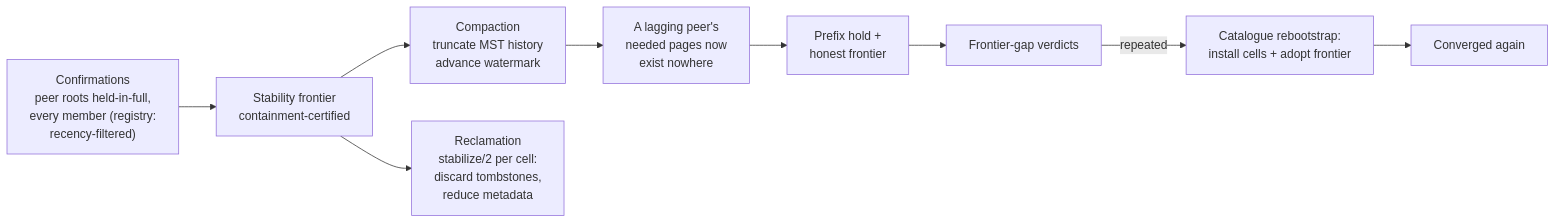
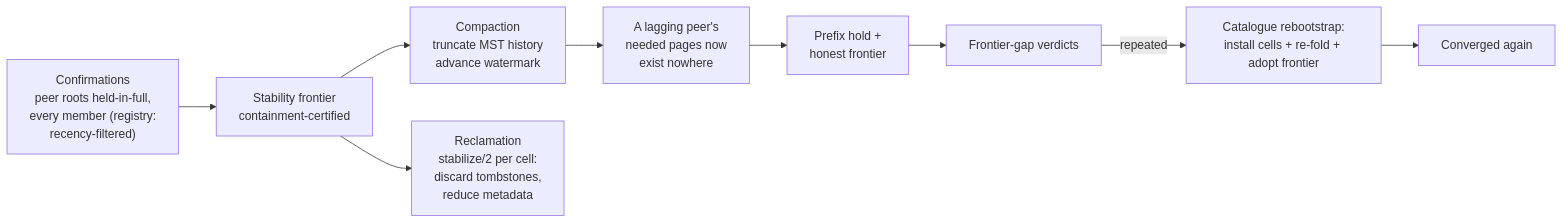
The first of 2 diagrams in doc/guides/architecture/db_view_lifecycle.md (bondy-io/bondy), drawn with Mermaid before and after one commit. The commit also changed other lines of this file and 207 other files, not shown here.

````diff
--- a/doc/guides/architecture/db_view_lifecycle.md
+++ b/doc/guides/architecture/db_view_lifecycle.md
@@ -9,11 +9,11 @@
 ```mermaid
 flowchart LR
     CONF["Confirmations<br/>peer roots held-in-full,<br/>every member (registry:<br/>recency-filtered)"] --> STAB["Stability frontier<br/>containment-certified"]
     STAB --> CMP["Compaction<br/>truncate MST history<br/>advance watermark"]
     STAB --> REC["Reclamation<br/>stabilize/2 per cell:<br/>discard tombstones,<br/>reduce metadata"]
     CMP --> GAPRISK["A lagging peer's<br/>needed pages now<br/>exist nowhere"]
     GAPRISK --> HOLD["Prefix hold +<br/>honest frontier"]
     HOLD --> GAP["Frontier-gap verdicts"]
-    GAP -->|repeated| RB["Catalogue rebootstrap:<br/>install cells + adopt frontier"]
+    GAP -->|repeated| RB["Catalogue rebootstrap:<br/>install cells + re-fold + adopt frontier"]
     RB --> CONV["Converged again"]
 ```
````
